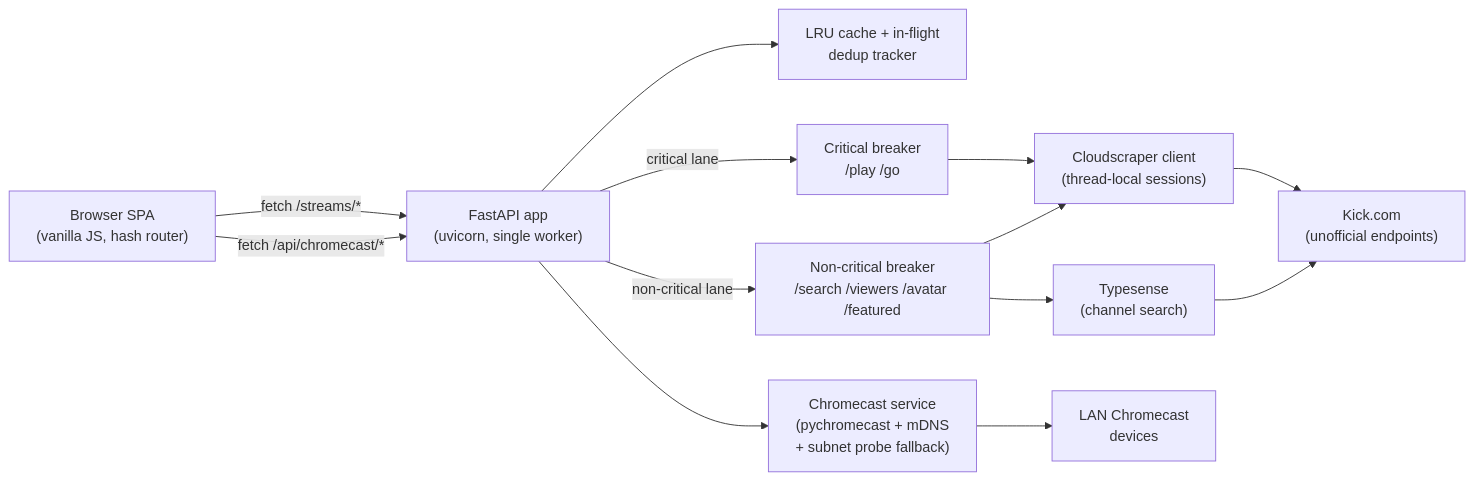
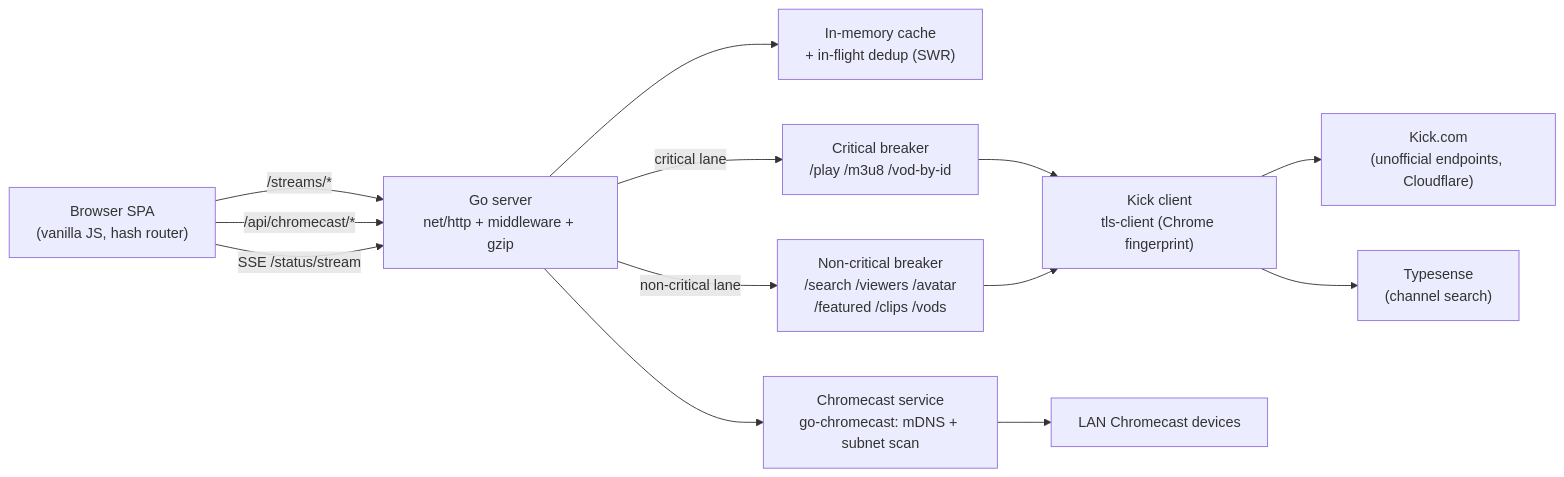
Before and after one commit to orkunevran/UnofficialKickApp: the diagram in docs/architecture.md, drawn with Mermaid. The commit also changed other lines of this file and 21 other files, not shown here.

````diff
--- a/docs/architecture.md
+++ b/docs/architecture.md
@@ -8,26 +8,26 @@
 ```mermaid
 flowchart LR
     Browser["Browser SPA<br/>(vanilla JS, hash router)"]
-    FastAPI["FastAPI app<br/>(uvicorn, single worker)"]
-    Cache["LRU cache + in-flight<br/>dedup tracker"]
-    Critical["Critical breaker<br/>/play /go"]
-    NonCritical["Non-critical breaker<br/>/search /viewers /avatar /featured"]
-    Cloudscraper["Cloudscraper client<br/>(thread-local sessions)"]
+    HTTP["Go server<br/>net/http + middleware + gzip"]
+    Cache["In-memory cache<br/>+ in-flight dedup (SWR)"]
+    Crit["Critical breaker<br/>/play /m3u8 /vod-by-id"]
+    NonCrit["Non-critical breaker<br/>/search /viewers /avatar<br/>/featured /clips /vods"]
+    KickClient["Kick client<br/>tls-client (Chrome fingerprint)"]
     Typesense["Typesense<br/>(channel search)"]
-    Kick["Kick.com<br/>(unofficial endpoints)"]
-    Cast["Chromecast service<br/>(pychromecast + mDNS<br/>+ subnet probe fallback)"]
-    Devices["LAN Chromecast<br/>devices"]
+    Kick["Kick.com<br/>(unofficial endpoints, Cloudflare)"]
+    Cast["Chromecast service<br/>go-chromecast: mDNS + subnet scan"]
+    Devices["LAN Chromecast devices"]
 
-    Browser -->|fetch /streams/*| FastAPI
-    Browser -->|fetch /api/chromecast/*| FastAPI
-    FastAPI --> Cache
-    FastAPI -->|critical lane| Critical
-    FastAPI -->|non-critical lane| NonCritical
-    Critical --> Cloudscraper
-    NonCritical --> Cloudscraper
-    NonCritical --> Typesense
-    Cloudscraper --> Kick
-    Typesense --> Kick
-    FastAPI --> Cast
+    Browser -->|/streams/*| HTTP
+    Browser -->|/api/chromecast/*| HTTP
+    Browser -->|SSE /status/stream| HTTP
+    HTTP --> Cache
+    HTTP -->|critical lane| Crit
+    HTTP -->|non-critical lane| NonCrit
+    Crit --> KickClient
+    NonCrit --> KickClient
+    KickClient --> Kick
+    KickClient --> Typesense
+    HTTP --> Cast
     Cast --> Devices
 ```
````
